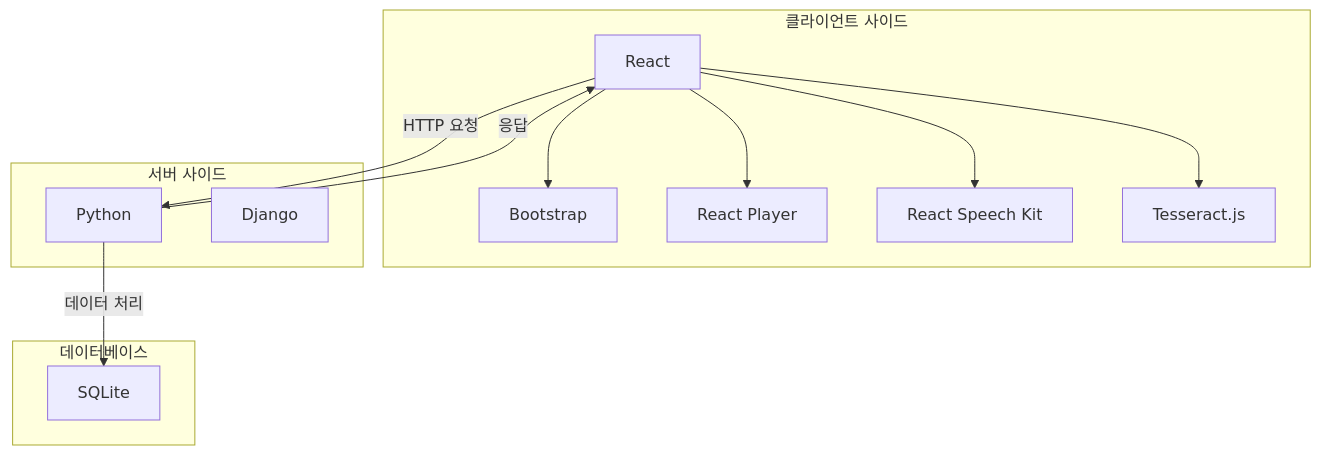
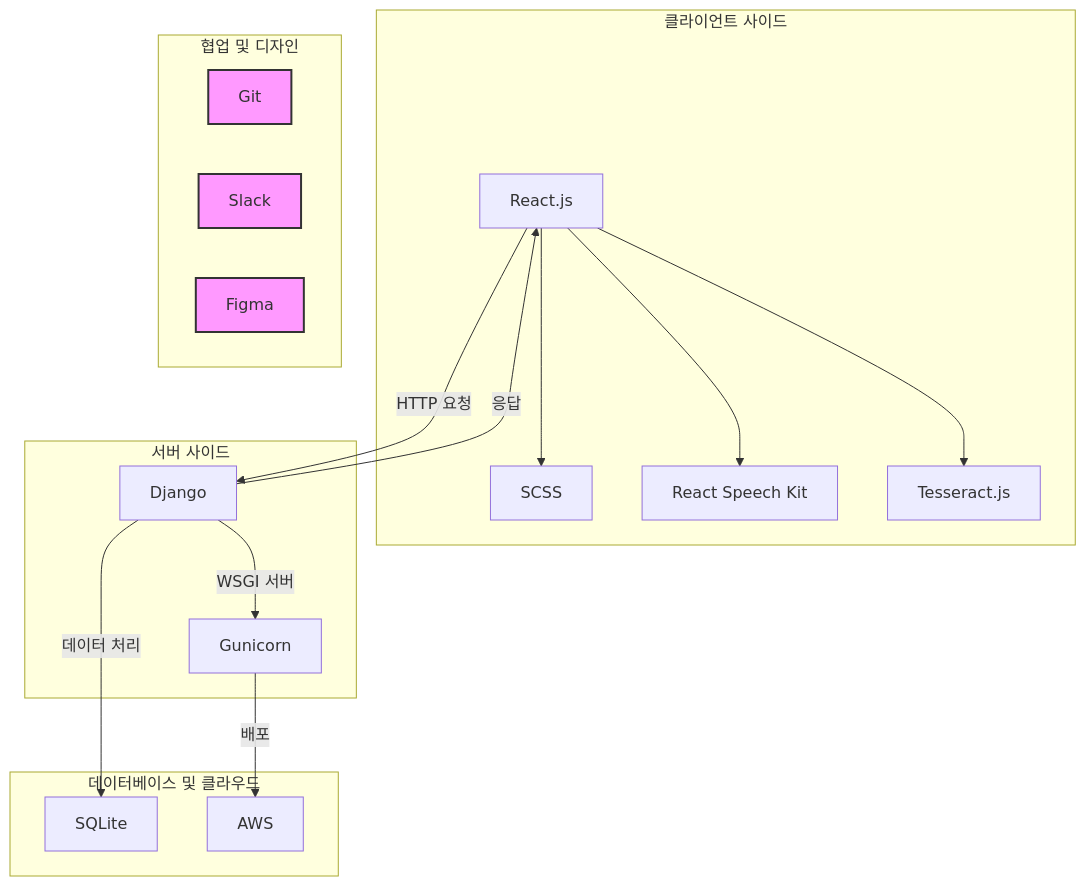
One commit to flip-404/2022-SSU-Contest-Front changed the diagram in README.md. Above: the diagram before and after it, drawn with Mermaid. The commit also changed other lines of this file, not shown here.

````diff
--- a/README.md
+++ b/README.md
@@ -1,28 +17,43 @@
 ```mermaid
+
 graph TD
     
+    
     subgraph "클라이언트 사이드"
-        A1[React]
-        A2[Bootstrap]
-        A3[React Player]
-        A4[React Speech Kit]
-        A5[Tesseract.js]
+        A1[React.js]
+        A2[SCSS]
+        A3[React Speech Kit]
+        A4[Tesseract.js]
     end
     
     subgraph "서버 사이드"
-        B1[Python]
-        B2[Django]
+        B1[Django]
+        B2[Gunicorn]
     end
     
-    subgraph "데이터베이스"
+    subgraph "데이터베이스 및 클라우드"
         C1[SQLite]
+        C2[AWS]
+    end
+    
+    subgraph "협업 및 디자인"
+        D1[Git]
+        D2[Slack]
+        D3[Figma]
     end
     
     A1 --> A2
     A1 --> A3
     A1 --> A4
-    A1 --> A5
     A1 -->|HTTP 요청| B1
+    B1 -->|WSGI 서버| B2
     B1 -->|데이터 처리| C1
+    B2 -->|배포| C2
     B1 -->|응답| A1
+    
+    classDef tools fill:#f9f,stroke:#333,stroke-width:2px;
+    D1:::tools
+    D2:::tools
+    D3:::tools
+
 ```
````
